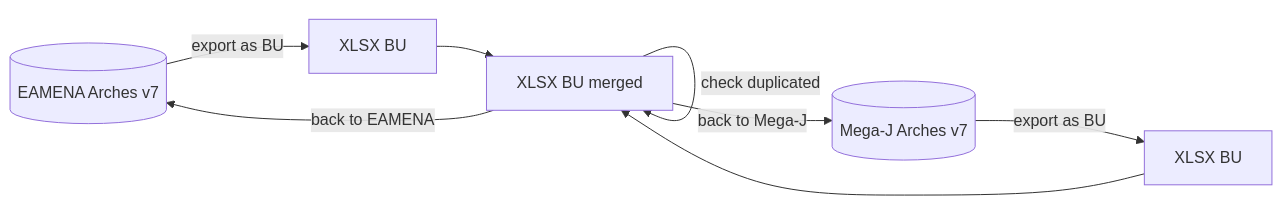
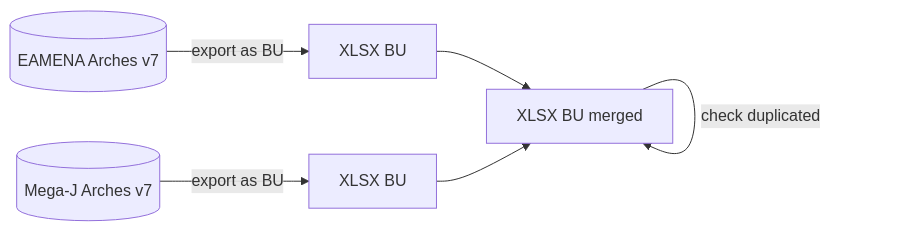
The first of 2 diagrams in data/bulk/README.md (eamena-project/eamena-arches-dev), drawn with Mermaid before and after one commit. The commit also changed other lines of this file, not shown here.

````diff
--- a/data/bulk/README.md
+++ b/data/bulk/README.md
@@ -29,10 +29,8 @@
 ```mermaid
 flowchart LR
     A[(EAMENA Arches v7)] --export as BU--> B[XLSX BU];
     C[(Mega-J Arches v7)] --export as BU--> D[XLSX BU];
     B --> E[XLSX BU merged];
     D --> E;
     E --check duplicated--> E;
-    E -- back to EAMENA --> A;
-    E -- back to Mega-J --> C;
 ```
````
